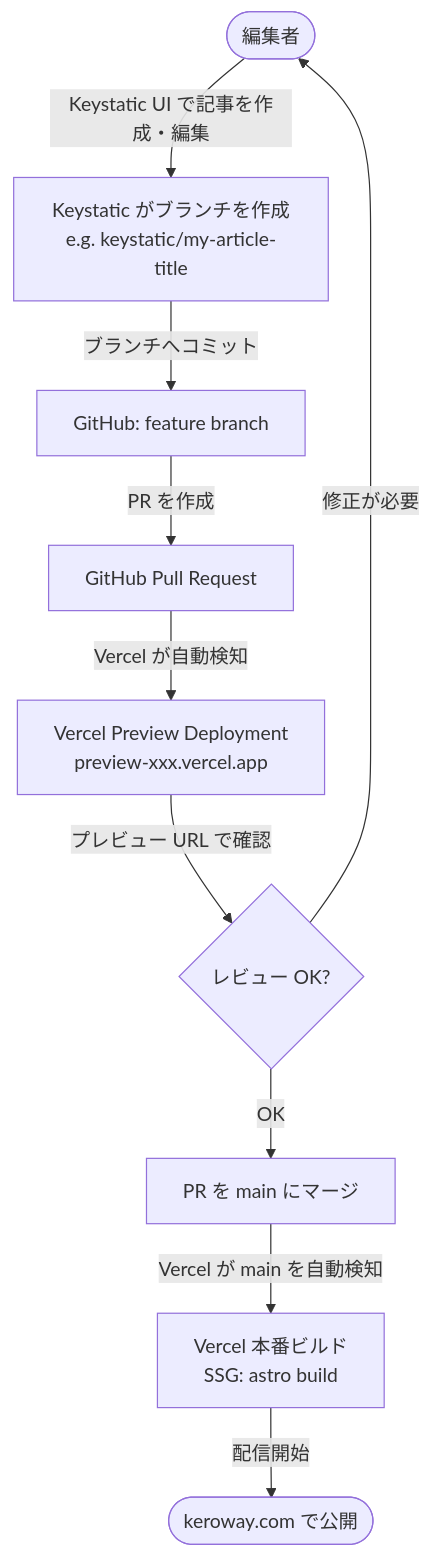
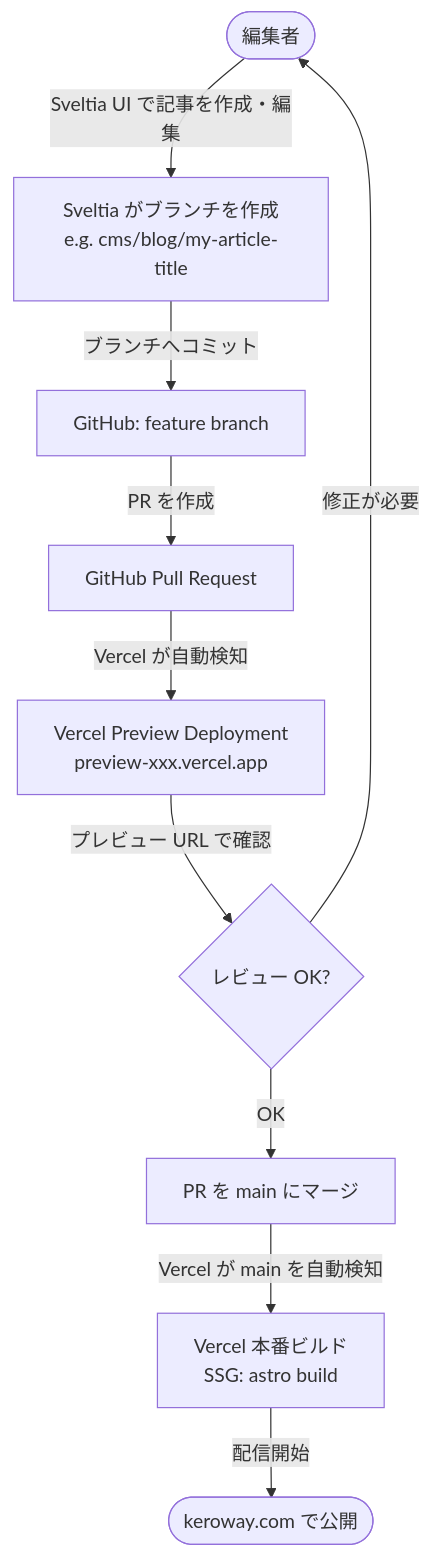
The first of 2 diagrams in docs/cms-flow.md (keroway/astro-blog), drawn with Mermaid before and after one commit. The commit also changed other lines of this file and 16 other files, not shown here.

Commit message:
CMS を Keystatic から Sveltia CMS へ移行 (ADR 0016)

````diff
--- a/docs/cms-flow.md
+++ b/docs/cms-flow.md
@@ -19,12 +19,12 @@
 ```mermaid
 flowchart TD
-    A([編集者]) -->|Keystatic UI で記事を作成・編集| B[Keystatic がブランチを作成\ne.g. keystatic/my-article-title]
+    A([編集者]) -->|Sveltia UI で記事を作成・編集| B[Sveltia がブランチを作成\ne.g. cms/blog/my-article-title]
     B -->|ブランチへコミット| C[GitHub: feature branch]
     C -->|PR を作成| D[GitHub Pull Request]
     D -->|Vercel が自動検知| E[Vercel Preview Deployment\npreview-xxx.vercel.app]
     E -->|プレビュー URL で確認| F{レビュー OK?}
     F -->|修正が必要| A
     F -->|OK| G[PR を main にマージ]
     G -->|Vercel が main を自動検知| H[Vercel 本番ビルド\nSSG: astro build]
     H -->|配信開始| I([keroway.com で公開])
 ```
````
